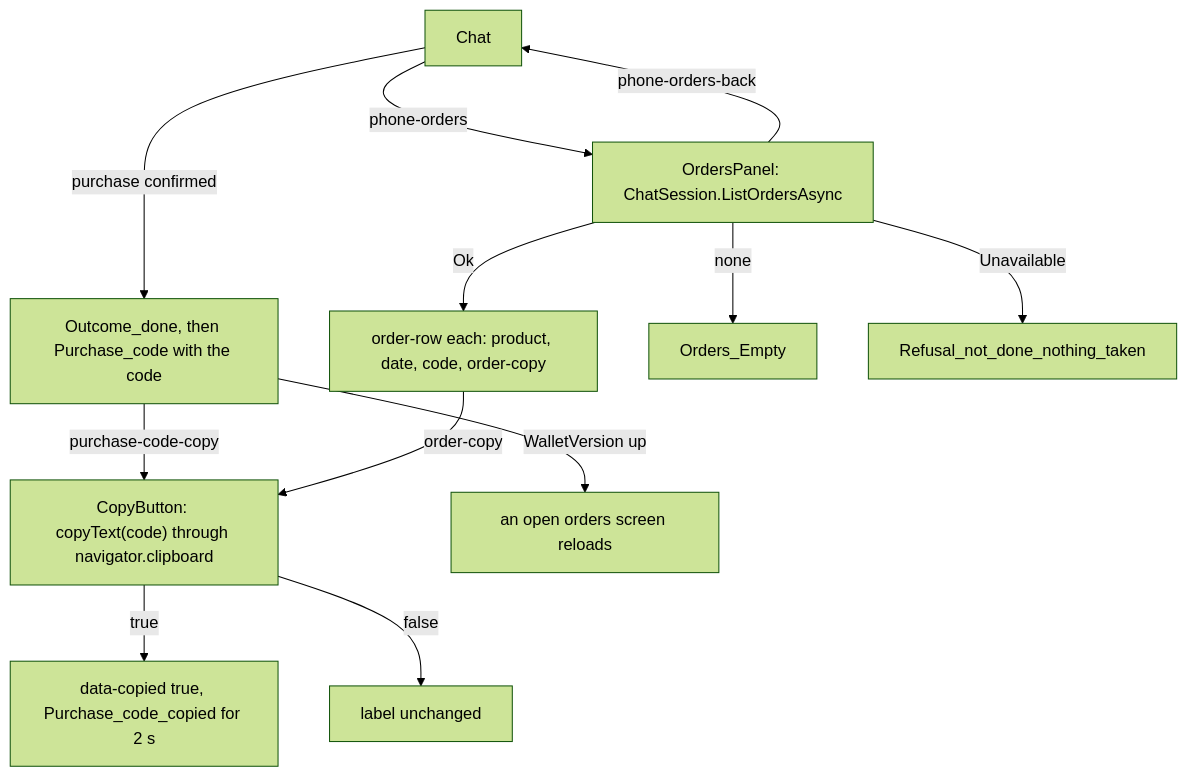
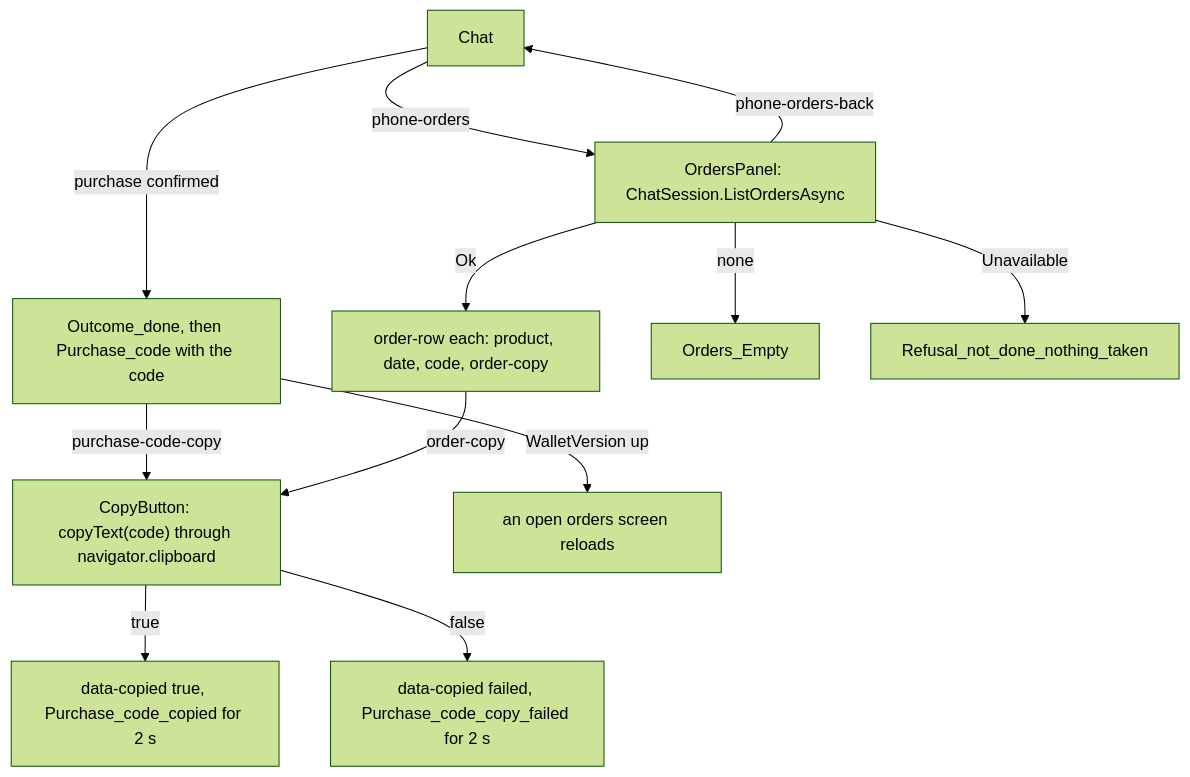
Before and after one commit to Khalil-Alhadidi/Naqoli: the sixth of 10 diagrams in docs/agent-web.md, drawn with Mermaid (forest theme). The commit also changed other lines of this file and 23 other files, not shown here.

Commit message:
feat(web,core): security review R2 to R4: order dates dd/MM/yyyy, a copy-failed label on the copy button, the type word on the purchase card (PendingRecord.ProductType, migration ProductType)

````diff
--- a/docs/agent-web.md
+++ b/docs/agent-web.md
@@ -351,14 +351,14 @@
 ```mermaid
 flowchart TD
     chat["Chat"] -- "purchase confirmed" --> done["Outcome_done, then Purchase_code with the code"]
     done -- "purchase-code-copy" --> copy["CopyButton: copyText(code) through navigator.clipboard"]
     copy -- "true" --> copied["data-copied true, Purchase_code_copied for 2 s"]
-    copy -- "false" --> same["label unchanged"]
+    copy -- "false" --> same["data-copied failed, Purchase_code_copy_failed for 2 s"]
     chat -- "phone-orders" --> orders["OrdersPanel: ChatSession.ListOrdersAsync"]
     orders -- "Ok" --> rows["order-row each: product, date, code, order-copy"]
     orders -- "none" --> empty["Orders_Empty"]
     orders -- "Unavailable" --> unavailable["Refusal_not_done_nothing_taken"]
     rows -- "order-copy" --> copy
     orders -- "phone-orders-back" --> chat
     done -- "WalletVersion up" --> reload["an open orders screen reloads"]
 ```
````
